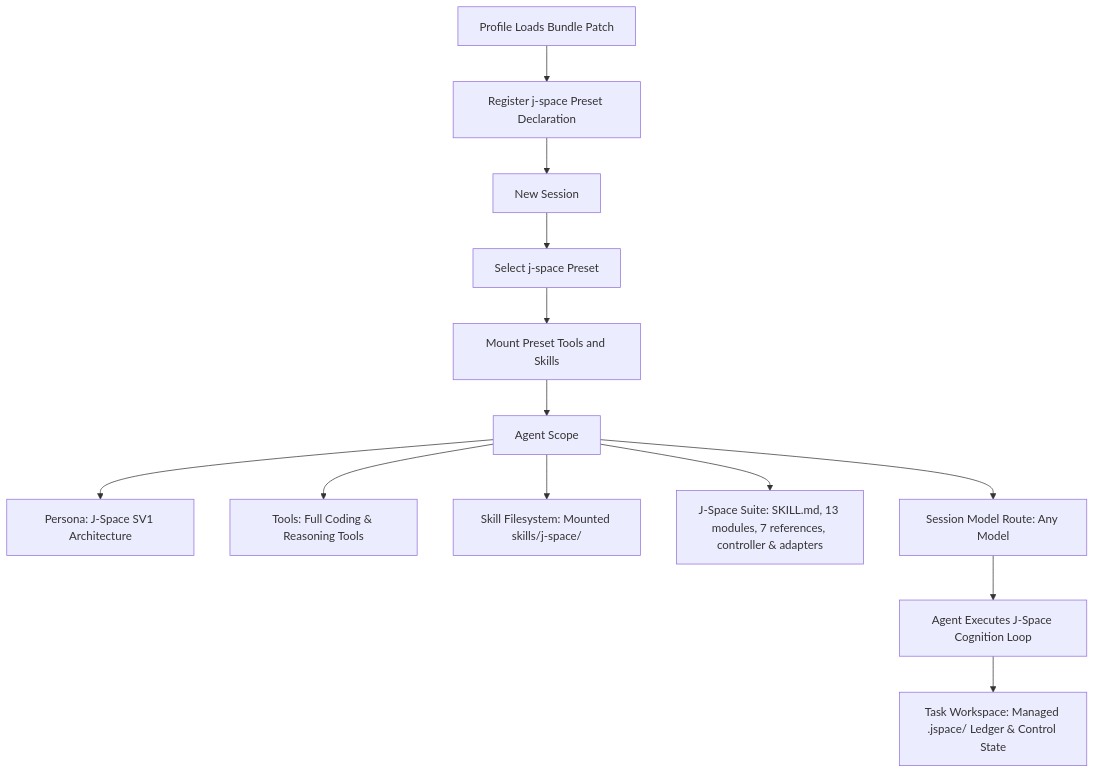
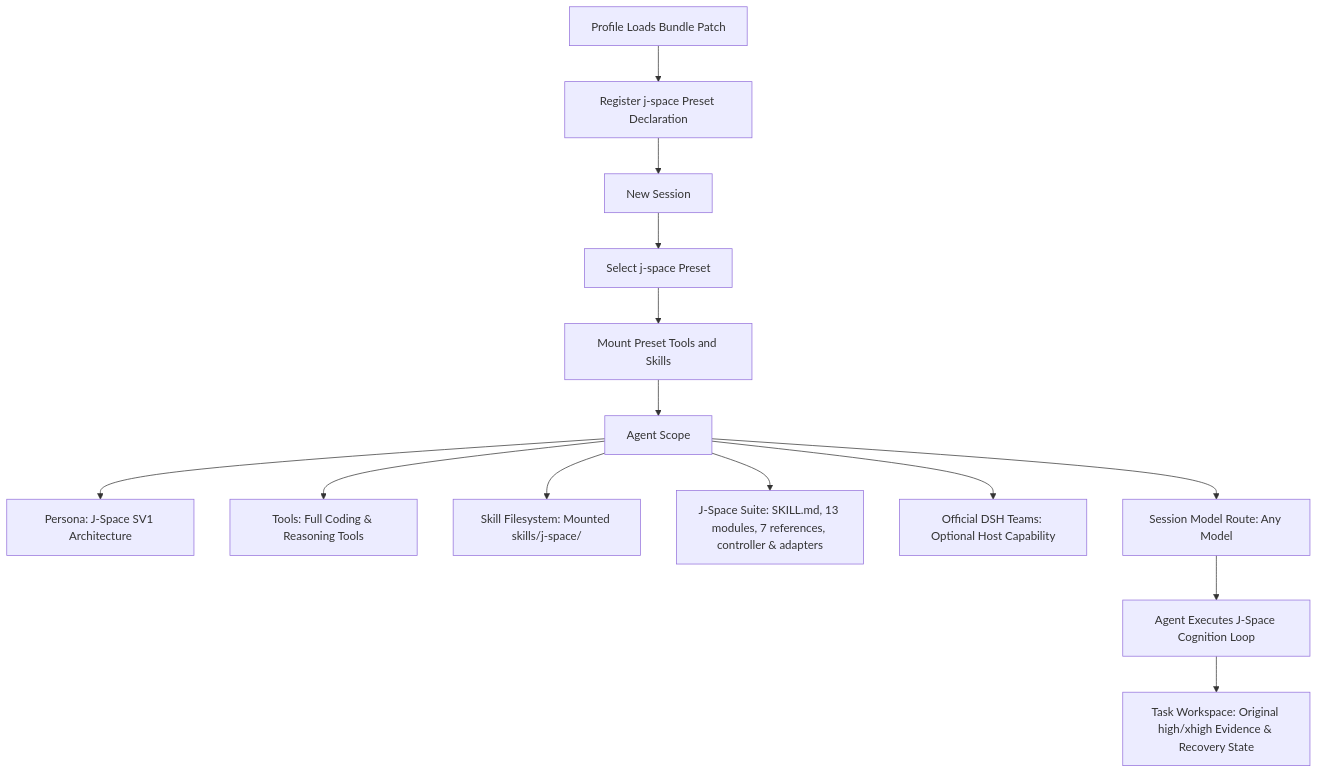
The diagram in README.en.md (AnonyJcy/dsh-j-space), drawn with Mermaid before and after one commit. The commit also changed other lines of this file and 24 other files, not shown here.

````diff
--- a/README.en.md
+++ b/README.en.md
@@ -165,15 +156,16 @@
 ```mermaid
 flowchart TD
     P[Profile Loads Bundle Patch] --> R[Register j-space Preset Declaration]
     R --> A[New Session]
     A --> B[Select j-space Preset]
     B --> D[Mount Preset Tools and Skills]
     D --> E[Agent Scope]
     E --> F1[Persona: J-Space SV1 Architecture]
     E --> F2[Tools: Full Coding & Reasoning Tools]
     E --> F3[Skill Filesystem: Mounted skills/j-space/]
     E --> F4[J-Space Suite: SKILL.md, 13 modules, 7 references, controller & adapters]
+    E --> T[Official DSH Teams: Optional Host Capability]
     E --> G[Session Model Route: Any Model]
     G --> H[Agent Executes J-Space Cognition Loop]
-    H --> I[Task Workspace: Managed .jspace/ Ledger & Control State]
+    H --> I[Task Workspace: Original high/xhigh Evidence & Recovery State]
 ```
````
